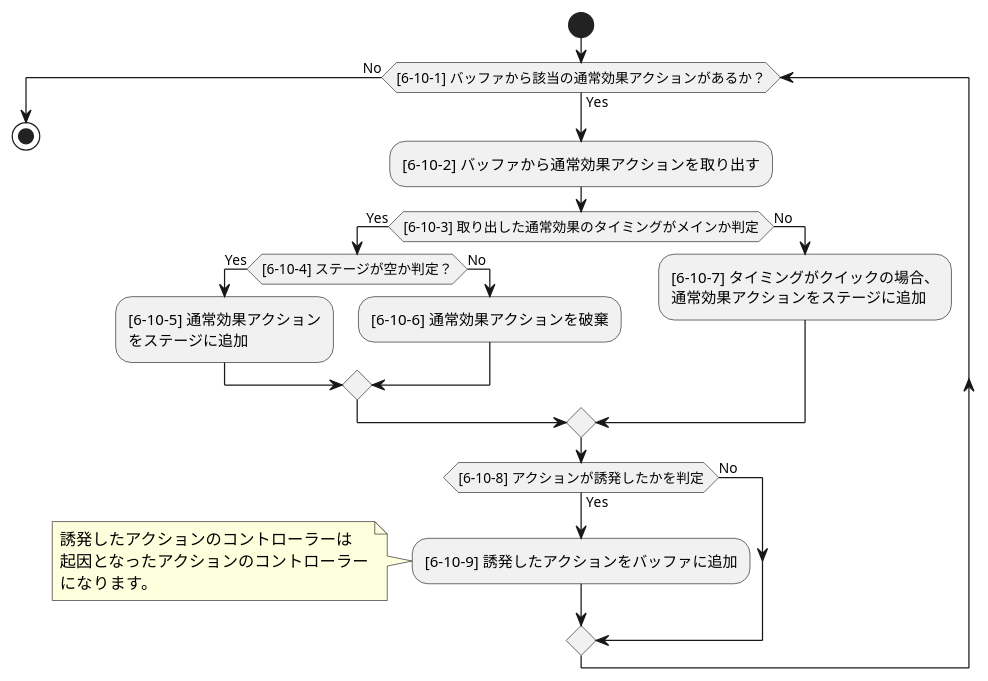
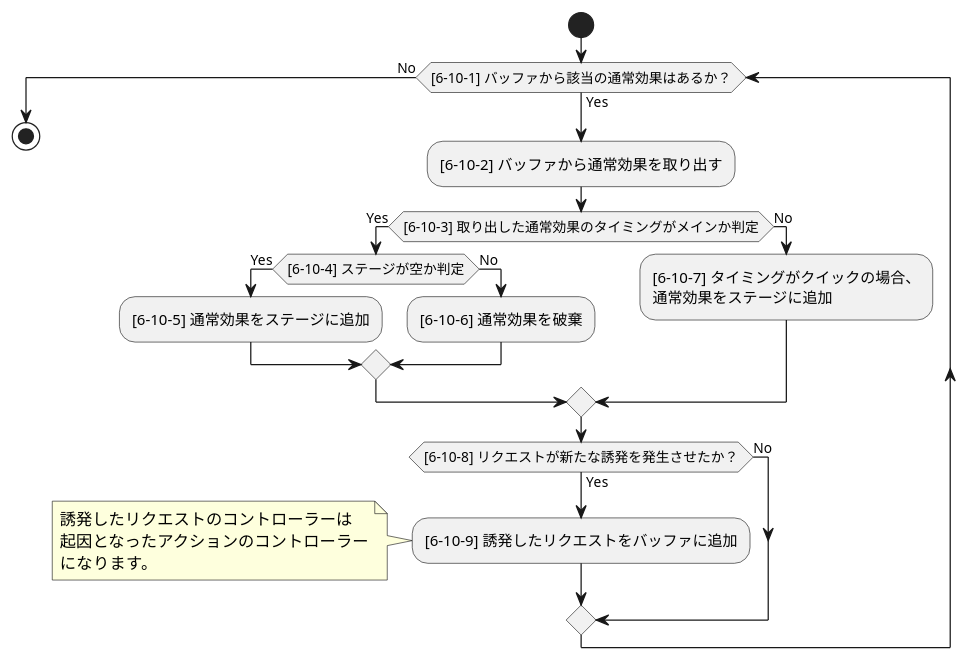
The diagram in source/core/triggerflow_n.puml (BlackPoker/BlackPoker), drawn with PlantUML before and after one commit. The commit also changed 8 other files, not shown here.

```diff
--- a/source/core/triggerflow_n.puml
+++ b/source/core/triggerflow_n.puml
@@ -1,29 +1,29 @@
 @startuml
 '==============================
 '【通常効果：アクション毎に処理】
 '==============================
 
 start
-while ([6-10-1] バッファから該当の通常効果アクションがあるか？) is (Yes)
-  :[6-10-2] バッファから通常効果アクションを取り出す;
+while ([6-10-1] バッファから該当の通常効果はあるか？) is (Yes)
+  :[6-10-2] バッファから通常効果を取り出す;
   if ([6-10-3] 取り出した通常効果のタイミングがメインか判定) then (Yes)
-    if ([6-10-4] ステージが空か判定？) then (Yes)
-      :[6-10-5] 通常効果アクション\nをステージに追加;
+    if ([6-10-4] ステージが空か判定) then (Yes)
+      :[6-10-5] 通常効果をステージに追加;
     else (No)
-      :[6-10-6] 通常効果アクションを破棄;
+      :[6-10-6] 通常効果を破棄;
     endif
   else (No)
-    :[6-10-7] タイミングがクイックの場合、\n通常効果アクションをステージに追加;
+    :[6-10-7] タイミングがクイックの場合、\n通常効果をステージに追加;
   endif
-  if ([6-10-8] アクションが誘発したかを判定) then (Yes)
-    :[6-10-9] 誘発したアクションをバッファに追加;
+  if ([6-10-8] リクエストが新たな誘発を発生させたか？) then (Yes)
+    :[6-10-9] 誘発したリクエストをバッファに追加;
     note left
-      誘発したアクションのコントローラーは
+      誘発したリクエストのコントローラーは
       起因となったアクションのコントローラー
       になります。
     end note
   else (No)
   endif
 endwhile (No)
 stop
 @enduml
```
